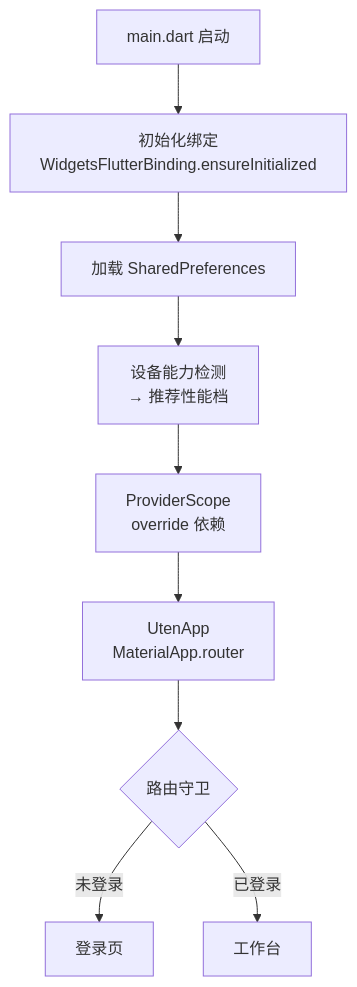
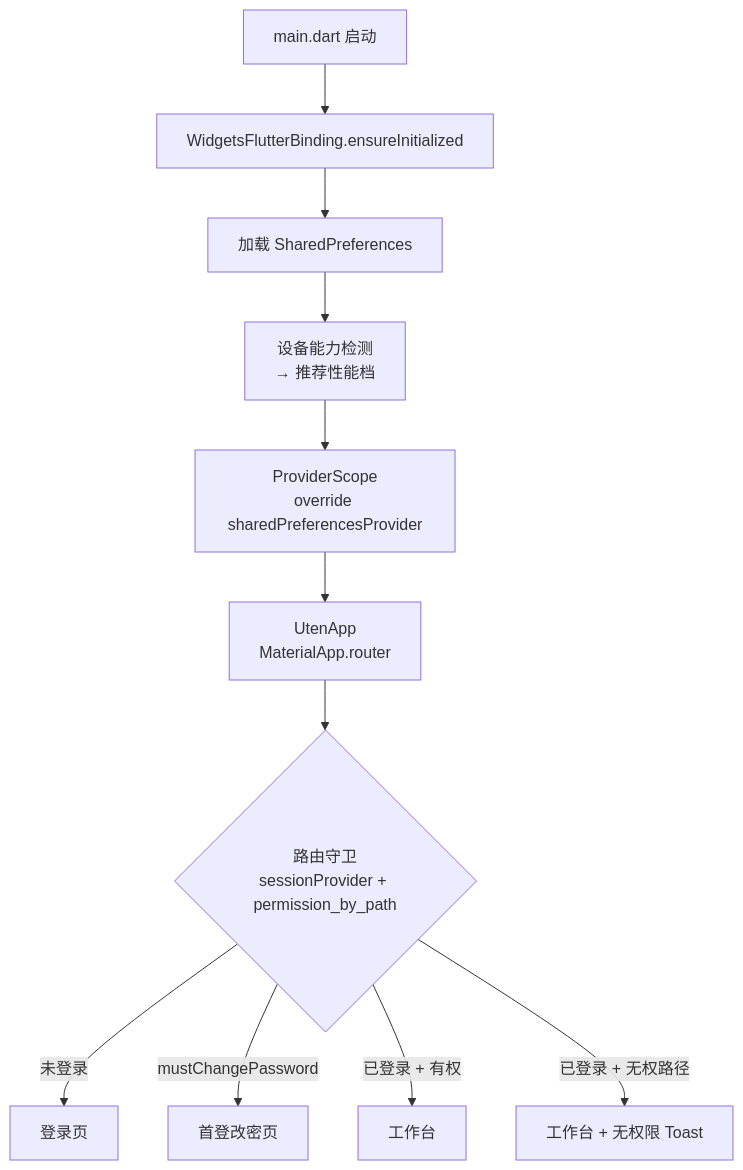
The fourth of 4 diagrams in docs/05-架构/架构总览.md (BruceChu0424/utenelec_imp), drawn with Mermaid before and after one commit. The commit also changed other lines of this file and 210 other files, not shown here.

````diff
--- a/docs/05-架构/架构总览.md
+++ b/docs/05-架构/架构总览.md
@@ -179,11 +242,13 @@
 ```mermaid
 flowchart TD
-    Start[main.dart 启动] --> Init[初始化绑定\nWidgetsFlutterBinding.ensureInitialized]
+    Start[main.dart 启动] --> Init[WidgetsFlutterBinding.ensureInitialized]
     Init --> Prefs[加载 SharedPreferences]
     Prefs --> Probe[设备能力检测\n→ 推荐性能档]
-    Probe --> Scope[ProviderScope\noverride 依赖]
+    Probe --> Scope[ProviderScope\noverride sharedPreferencesProvider]
     Scope --> App[UtenApp\nMaterialApp.router]
-    App --> Router{路由守卫}
+    App --> Router{路由守卫\nsessionProvider + permission_by_path}
     Router -->|未登录| Login[登录页]
-    Router -->|已登录| Dash[工作台]
+    Router -->|mustChangePassword| ChangePwd[首登改密页]
+    Router -->|已登录 + 有权| Dash[工作台]
+    Router -->|已登录 + 无权路径| DashWithToast[工作台 + 无权限 Toast]
 ```
````
